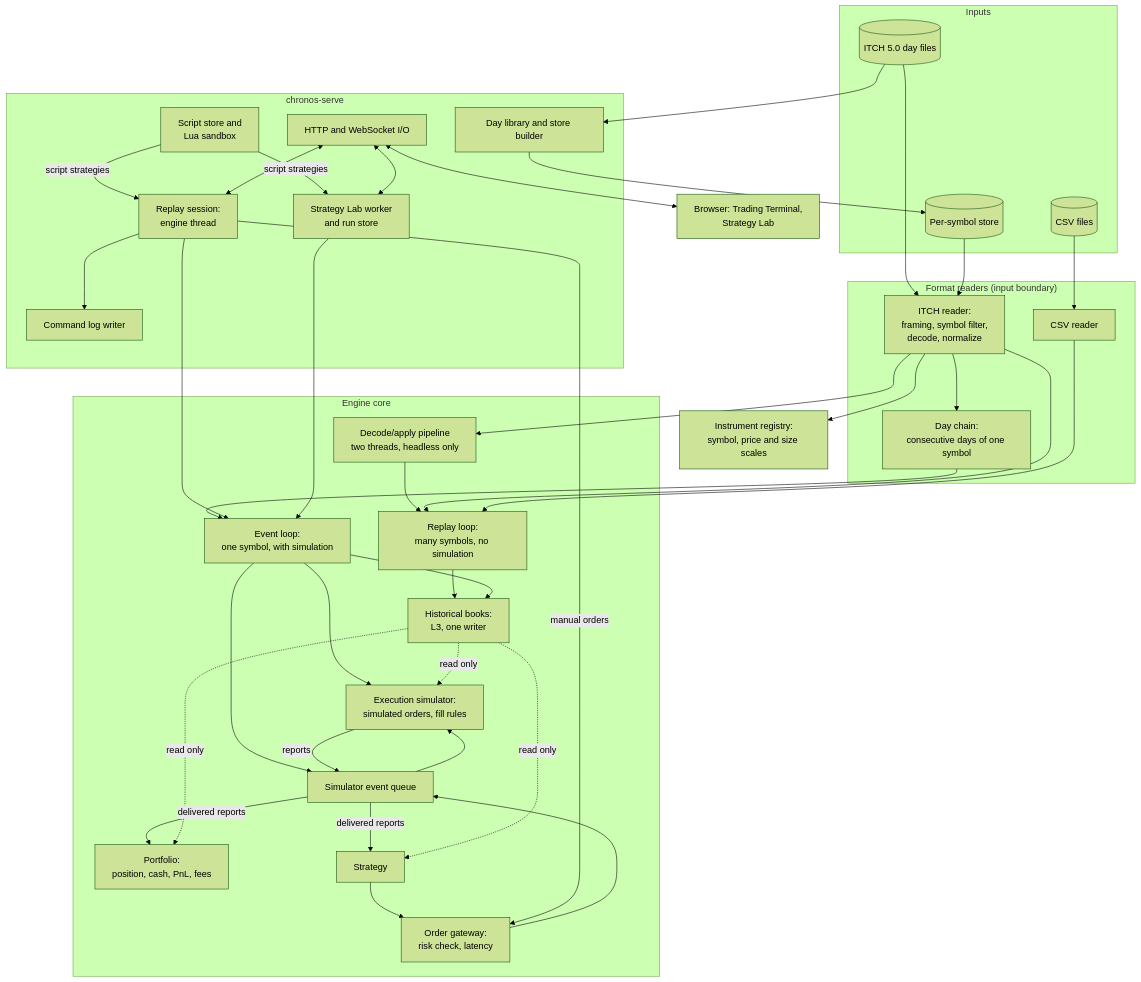
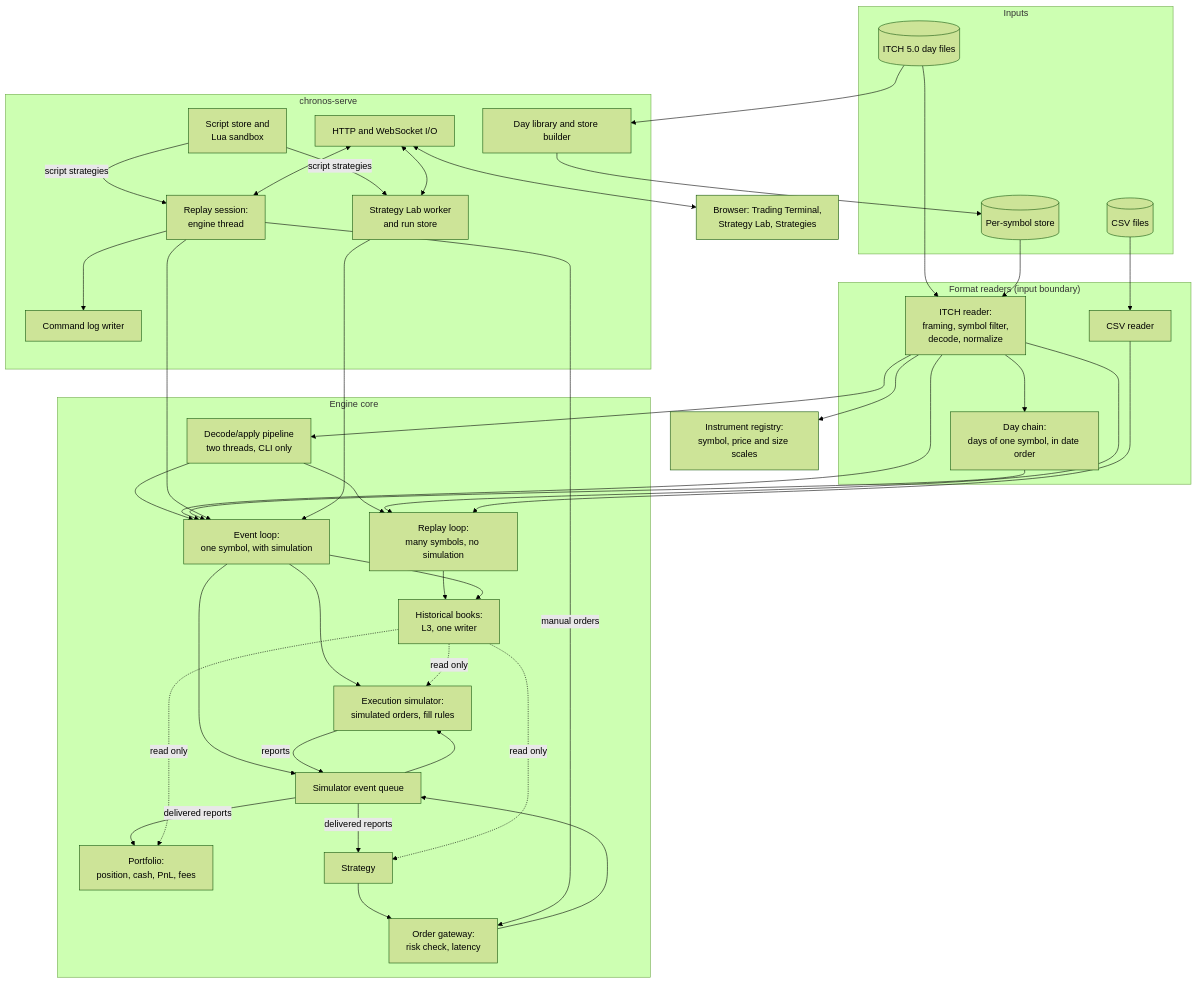
One commit to JaskaranSingh-01/Chronos changed the first of 2 diagrams in docs/architecture/system-architecture.md. Above: the diagram before and after it, drawn with Mermaid (forest theme). The commit also changed other lines of this file and 39 other files, not shown here.

````diff
--- a/docs/architecture/system-architecture.md
+++ b/docs/architecture/system-architecture.md
@@ -18,66 +18,68 @@
 ```mermaid
 flowchart TB
     subgraph Inputs
         DAY[(ITCH 5.0 day files)]
         STORE[(Per-symbol store)]
         CSV[(CSV files)]
     end
     subgraph Readers["Format readers (input boundary)"]
         ITCH[ITCH reader:<br/>framing, symbol filter,<br/>decode, normalize]
         CSVR[CSV reader]
-        CHAIN[Day chain:<br/>consecutive days of one symbol]
+        CHAIN[Day chain:<br/>days of one symbol, in date order]
     end
     REG[Instrument registry:<br/>symbol, price and size scales]
     subgraph Core["Engine core"]
-        PIPE[Decode/apply pipeline<br/>two threads, headless only]
+        PIPE[Decode/apply pipeline<br/>two threads, CLI only]
         REPLAY[Replay loop:<br/>many symbols, no simulation]
         LOOP[Event loop:<br/>one symbol, with simulation]
         BOOK[Historical books:<br/>L3, one writer]
         GW[Order gateway:<br/>risk check, latency]
         SIMQ[Simulator event queue]
         EXEC[Execution simulator:<br/>simulated orders, fill rules]
         PF[Portfolio:<br/>position, cash, PnL, fees]
         STRAT[Strategy]
     end
     subgraph Server["chronos-serve"]
         LIB[Day library and store builder]
         SESS[Replay session:<br/>engine thread]
         LOG[Command log writer]
         LAB[Strategy Lab worker<br/>and run store]
         SCR[Script store and<br/>Lua sandbox]
         IO[HTTP and WebSocket I/O]
     end
-    UI[Browser: Trading Terminal,<br/>Strategy Lab]
+    UI[Browser: Trading Terminal,<br/>Strategy Lab, Strategies]
 
     DAY --> ITCH
     DAY --> LIB --> STORE
     STORE --> ITCH
     CSV --> CSVR
     ITCH --> REG
     ITCH --> CHAIN
     ITCH --> PIPE --> REPLAY
+    PIPE --> LOOP
     ITCH --> REPLAY
+    ITCH --> LOOP
     CSVR --> REPLAY
     CHAIN --> LOOP
     REPLAY --> BOOK
     LOOP --> BOOK
     LOOP --> EXEC
     LOOP --> SIMQ
     STRAT --> GW --> SIMQ
     SIMQ --> EXEC
     EXEC -->|reports| SIMQ
     SIMQ -->|delivered reports| PF
     SIMQ -->|delivered reports| STRAT
     SESS -->|manual orders| GW
     BOOK -. read only .-> EXEC
     BOOK -. read only .-> STRAT
     BOOK -. read only .-> PF
     SESS --> LOOP
     LAB --> LOOP
     SCR -->|script strategies| LAB
     SCR -->|script strategies| SESS
     SESS --> LOG
     IO <--> SESS
     IO <--> LAB
     IO <--> UI
 ```
````
